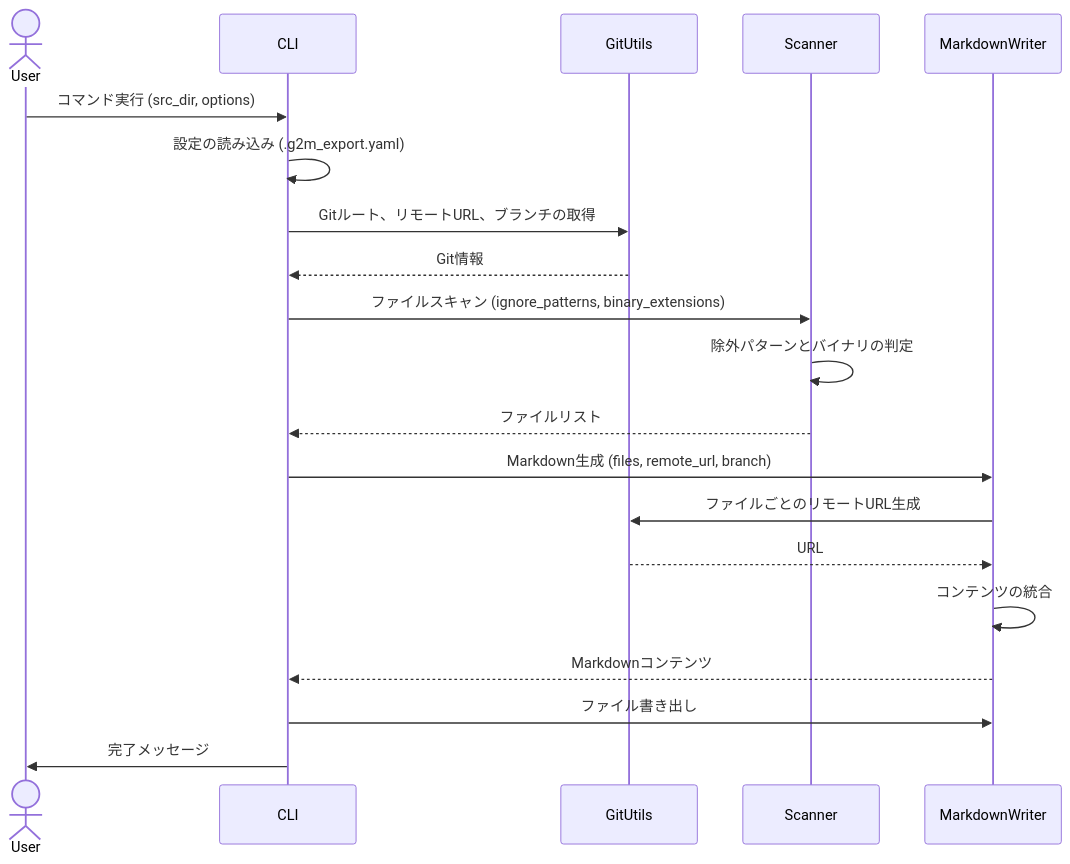
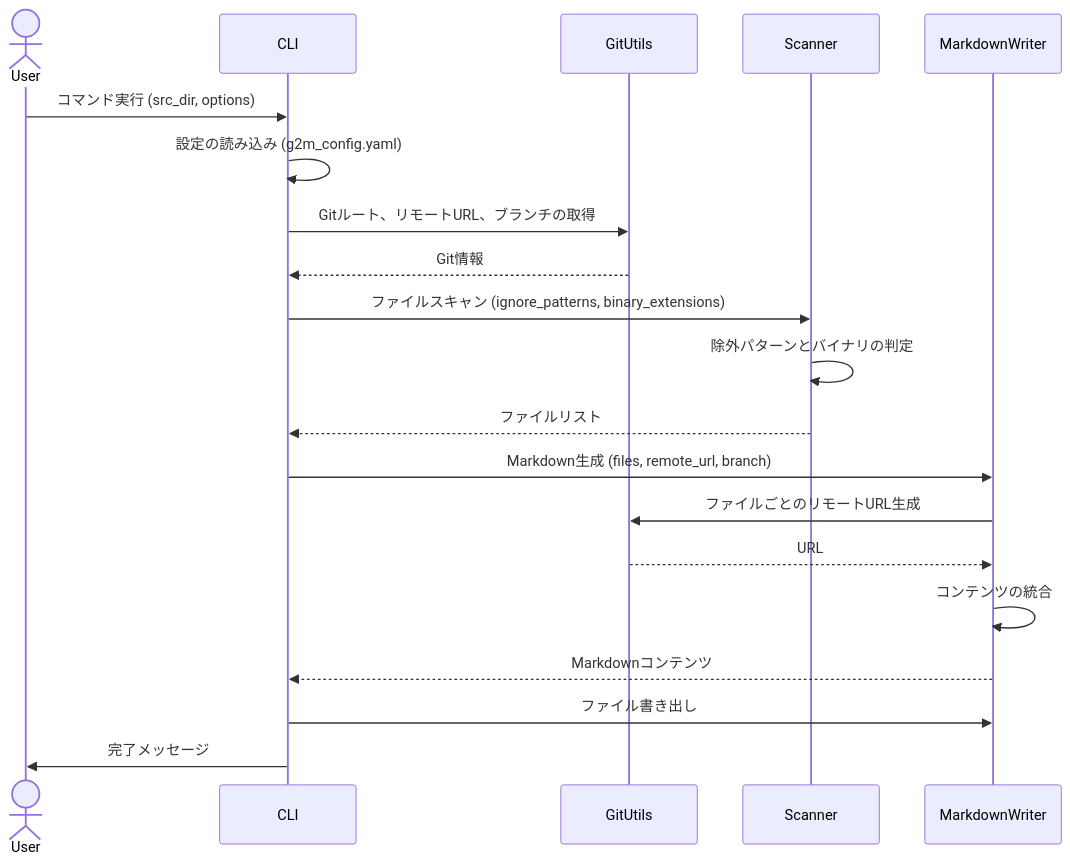
The third of 4 diagrams in README_DEV.md (masanori-satake/G2M-Export), drawn with Mermaid before and after one commit. The commit also changed other lines of this file and 4 other files, not shown here.

First line of the commit message:
Rename config file to g2m_config.yaml and update documentation

````diff
--- a/README_DEV.md
+++ b/README_DEV.md
@@ -57,18 +57,18 @@
 ```mermaid
 sequenceDiagram
     actor User
     User->>CLI: コマンド実行 (src_dir, options)
-    CLI->>CLI: 設定の読み込み (.g2m_export.yaml)
+    CLI->>CLI: 設定の読み込み (g2m_config.yaml)
     CLI->>GitUtils: Gitルート、リモートURL、ブランチの取得
     GitUtils-->>CLI: Git情報
     CLI->>Scanner: ファイルスキャン (ignore_patterns, binary_extensions)
     Scanner->>Scanner: 除外パターンとバイナリの判定
     Scanner-->>CLI: ファイルリスト
     CLI->>MarkdownWriter: Markdown生成 (files, remote_url, branch)
     MarkdownWriter->>GitUtils: ファイルごとのリモートURL生成
     GitUtils-->>MarkdownWriter: URL
     MarkdownWriter->>MarkdownWriter: コンテンツの統合
     MarkdownWriter-->>CLI: Markdownコンテンツ
     CLI->>MarkdownWriter: ファイル書き出し
     CLI->>User: 完了メッセージ
 ```
````
